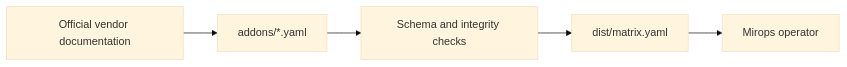
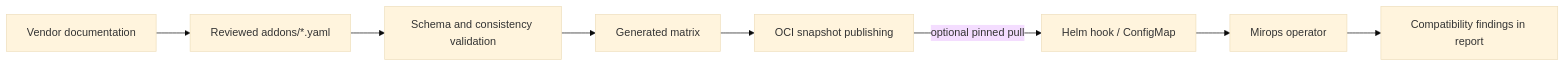
One commit to miropshq/mirops-compat changed the diagram in README.md. Above: the diagram before and after it, drawn with Mermaid (base theme). The commit also changed other lines of this file, not shown here.

Commit message:
docs: clarify compatibility catalog workflow

````diff
--- a/README.md
+++ b/README.md
@@ -5,7 +5,10 @@
 ```mermaid
 flowchart LR
-  A[Official vendor documentation] --> R[addons/*.yaml]
-  R --> V[Schema and integrity checks]
-  V --> M[dist/matrix.yaml]
-  M --> O[Mirops operator]
+  D[Vendor documentation] --> A[Reviewed addons/*.yaml]
+  A --> S[Schema and consistency validation]
+  S --> G[Generated matrix]
+  G --> P[OCI snapshot publishing]
+  P -->|optional pinned pull| H[Helm hook / ConfigMap]
+  H --> O[Mirops operator]
+  O --> R[Compatibility findings in report]
 ```
````
